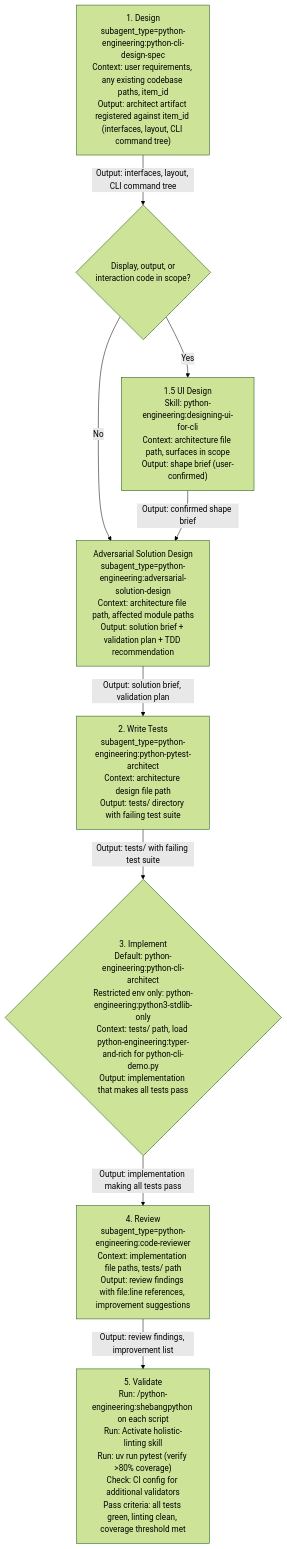
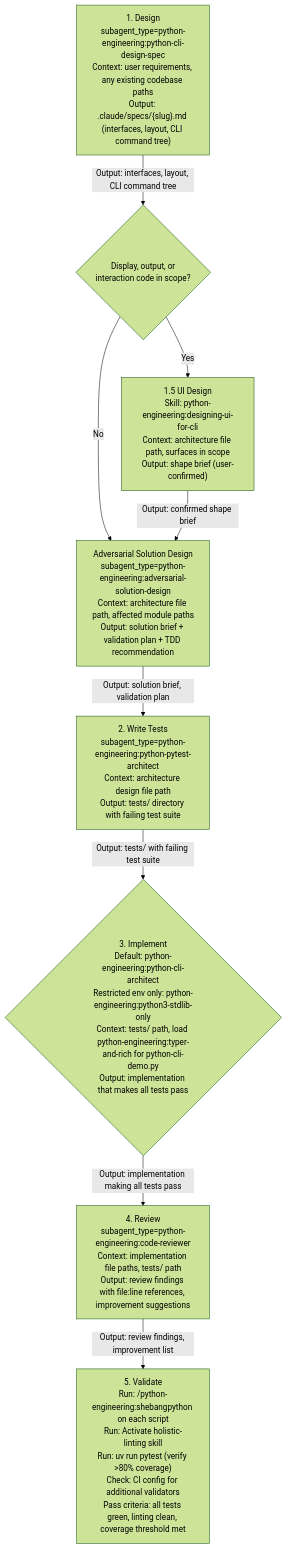
One commit to Jamie-BitFlight/claude_skills changed the first of 6 diagrams in plugins/python-engineering/skills/orchestrating-python-development/SKILL.md. Above: the diagram before and after it, drawn with Mermaid (forest theme). The commit also changed other lines of this file and 85 other files, not shown here.

````diff
--- a/plugins/python-engineering/skills/orchestrating-python-development/SKILL.md
+++ b/plugins/python-engineering/skills/orchestrating-python-development/SKILL.md
@@ -55,19 +51,19 @@
 ```mermaid
 flowchart TD
-    S1["1. Design<br>subagent_type=python-engineering:python-cli-design-spec<br>Context: user requirements, any existing codebase paths, item_id<br>Output: architect artifact registered against item_id (interfaces, layout, CLI command tree)"]
+    S1["1. Design<br>subagent_type=python-engineering:python-cli-design-spec<br>Context: user requirements, any existing codebase paths<br>Output: .claude/specs/{slug}.md (interfaces, layout, CLI command tree)"]
     S2["2. Write Tests<br>subagent_type=python-engineering:python-pytest-architect<br>Context: architecture design file path<br>Output: tests/ directory with failing test suite"]
     S3{"3. Implement<br>Default: python-engineering:python-cli-architect<br>Restricted env only: python-engineering:python3-stdlib-only<br>Context: tests/ path, load python-engineering:typer-and-rich for python-cli-demo.py<br>Output: implementation that makes all tests pass"}
     S4["4. Review<br>subagent_type=python-engineering:code-reviewer<br>Context: implementation file paths, tests/ path<br>Output: review findings with file:line references, improvement suggestions"]
     S5["5. Validate<br>Run: /python-engineering:shebangpython on each script<br>Run: Activate holistic-linting skill<br>Run: uv run pytest (verify >80% coverage)<br>Check: CI config for additional validators<br>Pass criteria: all tests green, linting clean, coverage threshold met"]
     S1Q{"Display, output, or<br>interaction code in scope?"}
     S1B["1.5 UI Design<br>Skill: python-engineering:designing-ui-for-cli<br>Context: architecture file path, surfaces in scope<br>Output: shape brief (user-confirmed)"]
     S1 -->|"Output: interfaces, layout, CLI command tree"| S1Q
     S_AD["Adversarial Solution Design<br>subagent_type=python-engineering:adversarial-solution-design<br>Context: architecture file path, affected module paths<br>Output: solution brief + validation plan + TDD recommendation"]
     S1Q -->|"No"| S_AD
     S1Q -->|"Yes"| S1B
     S1B -->|"Output: confirmed shape brief"| S_AD
     S_AD -->|"Output: solution brief, validation plan"| S2
     S2 -->|"Output: tests/ with failing test suite"| S3
     S3 -->|"Output: implementation making all tests pass"| S4
     S4 -->|"Output: review findings, improvement list"| S5
 ```
````
